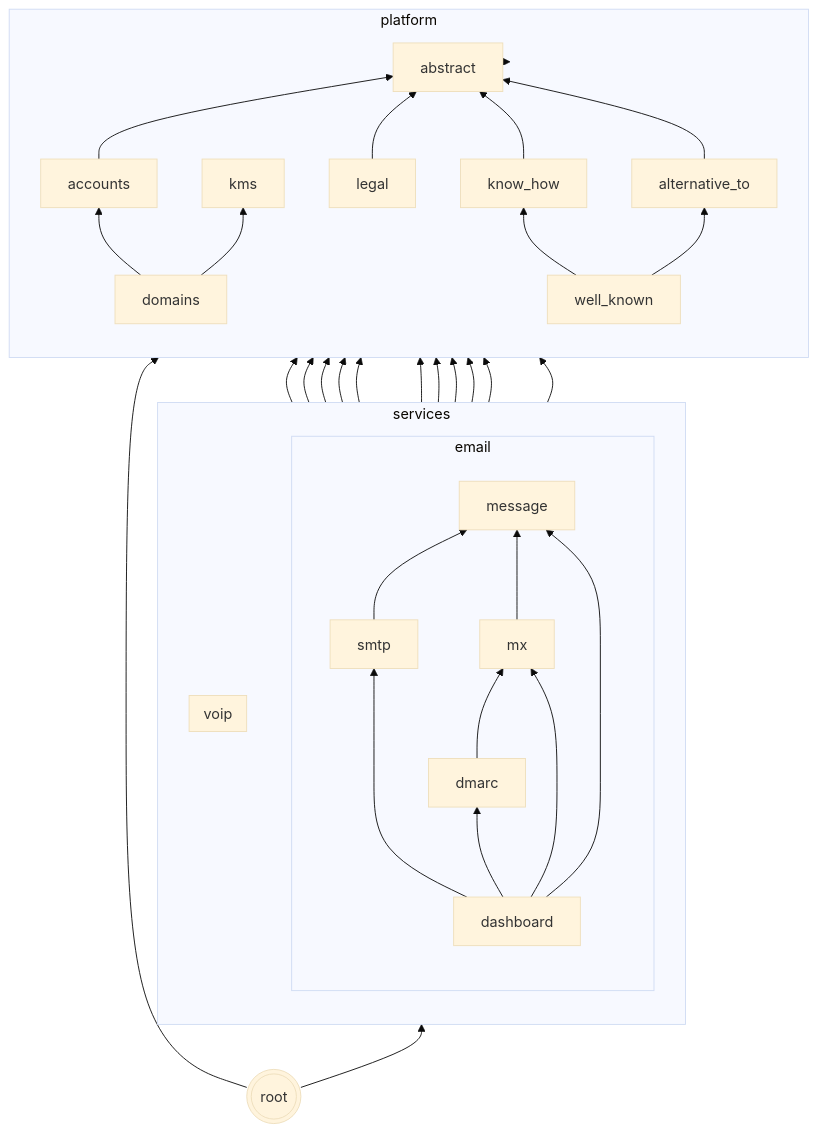
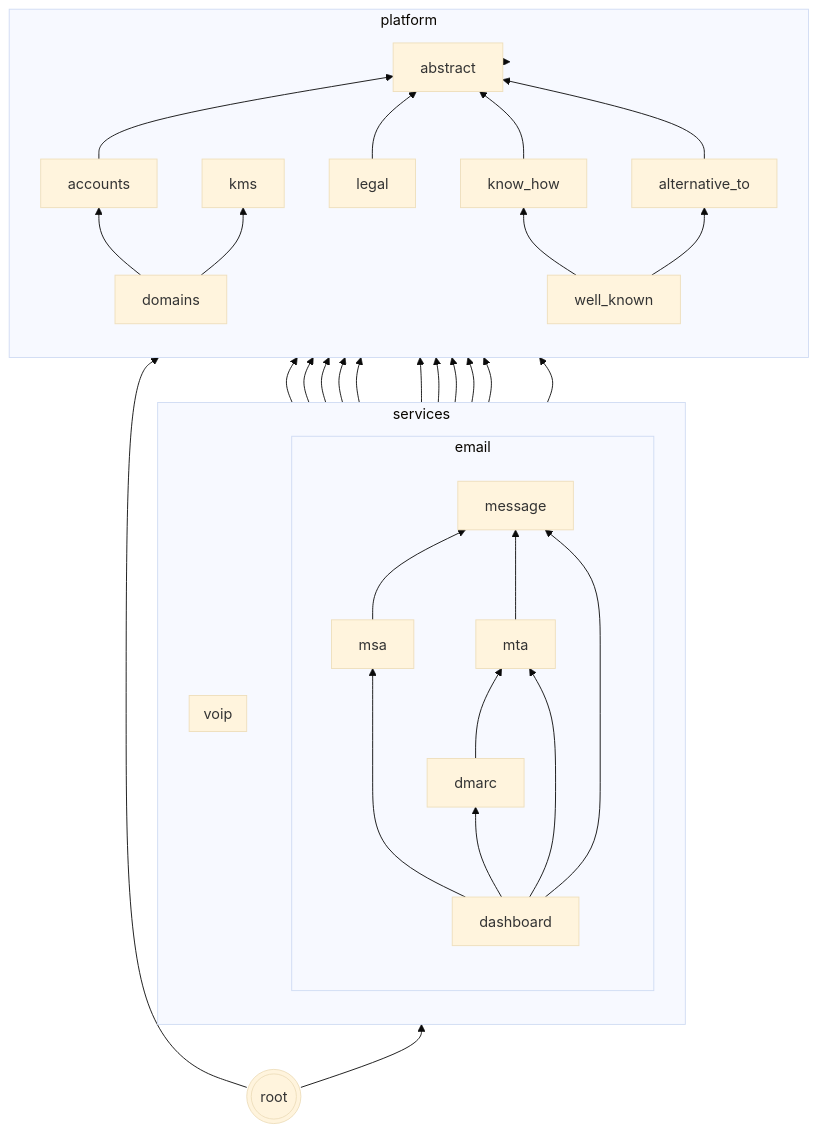
The second of 2 diagrams in README.md (codingjoe/relay), drawn with Mermaid (base theme) before and after one commit. The commit also changed other lines of this file and 112 other files, not shown here.

First line of the commit message:
Rename smtp→msa and mx→mta apps to use standard email architecture terms

````diff
--- a/README.md
+++ b/README.md
@@ -183,58 +183,58 @@
 ```mermaid
 graph BT
  abstract[abstract];
  kms[kms];
  subgraph platform
  direction BT
  accounts
  domains
  know_how[know_how]
  alternative_to[alternative_to]
  legal
  well_known[well_known]
  domains --> accounts
  accounts --> abstract
  domains --> kms
  legal --> abstract
  know_how --> abstract
  alternative_to --> abstract
  well_known --> know_how
  well_known --> alternative_to
  end
  subgraph services
  direction BT
  subgraph email
  direction BT
  dashboard[dashboard]
  message[message]
- smtp
- mx
+ msa
+ mta
  dmarc
  message --> accounts
  message --> domains
- smtp --> message
- smtp --> accounts
- smtp --> domains
- smtp --> kms
- mx --> message
- mx --> accounts
- mx --> domains
- mx --> kms
+ msa --> message
+ msa --> accounts
+ msa --> domains
+ msa --> kms
+ mta --> message
+ mta --> accounts
+ mta --> domains
+ mta --> kms
  dmarc --> accounts
  dmarc --> domains
- dmarc --> mx
+ dmarc --> mta
  dashboard --> message
- dashboard --> smtp
- dashboard --> mx
+ dashboard --> msa
+ dashboard --> mta
  dashboard --> dmarc
  end
  subgraph voip
  direction BT
  end
  end
  services --> platform;
  platform --> abstract;
  root --> services;
  root --> platform;
  root(((root)))
 ```
````
